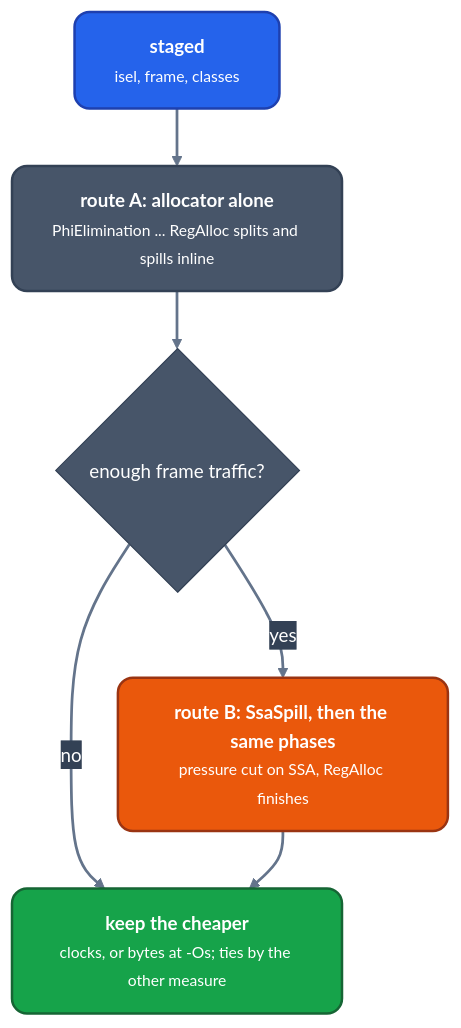
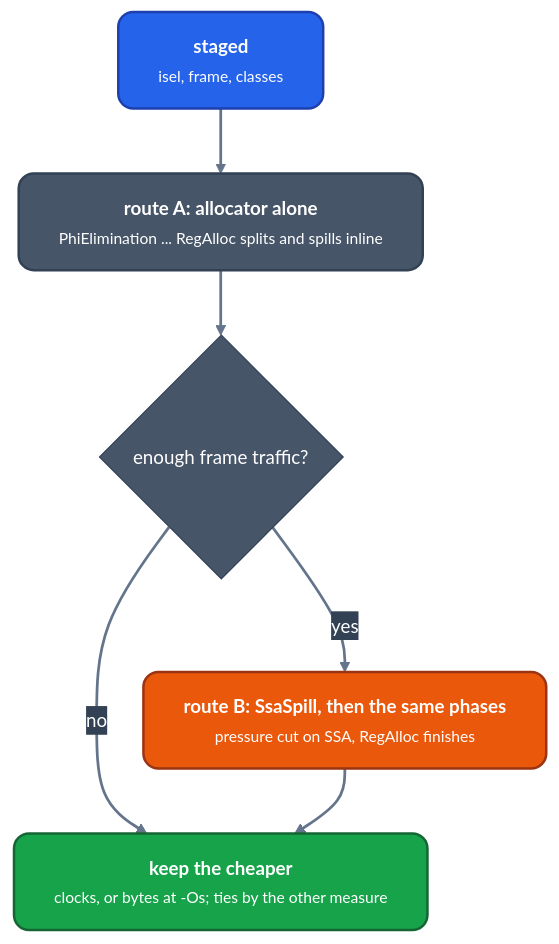
Before and after one commit to ali-mosavian/llrm: the diagram in docs/machine/register-allocation/ssa-spill-route.md, drawn with Mermaid. The commit also changed 15 other files, not shown here.

Commit message:
docs(build): lint edge labels, --fix-style, # Example check, header mir test

````diff
--- a/docs/machine/register-allocation/ssa-spill-route.md
+++ b/docs/machine/register-allocation/ssa-spill-route.md
@@ -7,17 +7,17 @@
 ```mermaid
-%%{init: {'theme':'base','themeVariables':{'fontFamily':'Segoe UI, Helvetica Neue, Arial, DejaVu Sans, sans-serif','fontSize':'15px','primaryColor':'#475569','primaryTextColor':'#ffffff','primaryBorderColor':'#334155','lineColor':'#64748b','secondaryColor':'#475569','tertiaryColor':'transparent','clusterBkg':'transparent','clusterBorder':'#64748b','edgeLabelBackground':'#334155','textColor':'#64748b','titleColor':'#64748b'},'flowchart':{'curve':'basis','nodeSpacing':38,'rankSpacing':46,'padding':16,'htmlLabels':true,'useMaxWidth':true}}}%%
+%%{init: {'theme':'base','themeVariables':{'fontFamily':'Segoe UI, Helvetica Neue, Arial, DejaVu Sans, sans-serif','fontSize':'15px','primaryColor':'#475569','primaryTextColor':'#ffffff','primaryBorderColor':'#334155','lineColor':'#64748b','secondaryColor':'#475569','tertiaryColor':'transparent','clusterBkg':'transparent','clusterBorder':'#64748b','edgeLabelBackground':'#334155','textColor':'#64748b','titleColor':'#64748b'},'flowchart':{'curve':'basis','nodeSpacing':38,'rankSpacing':52,'padding':16,'wrappingWidth':360,'htmlLabels':true,'useMaxWidth':true}}}%%
 flowchart TB
   classDef src fill:#2563eb,stroke:#1e40af,stroke-width:2px,color:#ffffff,rx:12px,ry:12px
   classDef mid fill:#475569,stroke:#334155,stroke-width:2px,color:#ffffff,rx:12px,ry:12px
   classDef opt fill:#ea580c,stroke:#9a3412,stroke-width:2px,color:#ffffff,rx:12px,ry:12px
   classDef out fill:#16a34a,stroke:#166534,stroke-width:2px,color:#ffffff,rx:12px,ry:12px
   linkStyle default stroke:#64748b,stroke-width:2.2px
   st["<b>staged</b><br/><small>isel, frame, classes</small>"]:::src
   a["<b>route A: allocator alone</b><br/><small>PhiElimination ... RegAlloc splits and spills inline</small>"]:::mid
   chk{"enough frame traffic?"}
   b["<b>route B: SsaSpill, then the same phases</b><br/><small>pressure cut on SSA, RegAlloc finishes</small>"]:::opt
   keep["<b>keep the cheaper</b><br/><small>clocks, or bytes at -Os; ties by the other measure</small>"]:::out
   st --> a --> chk
   chk -->|no| keep
   chk -->|yes| b --> keep
 ```
````
